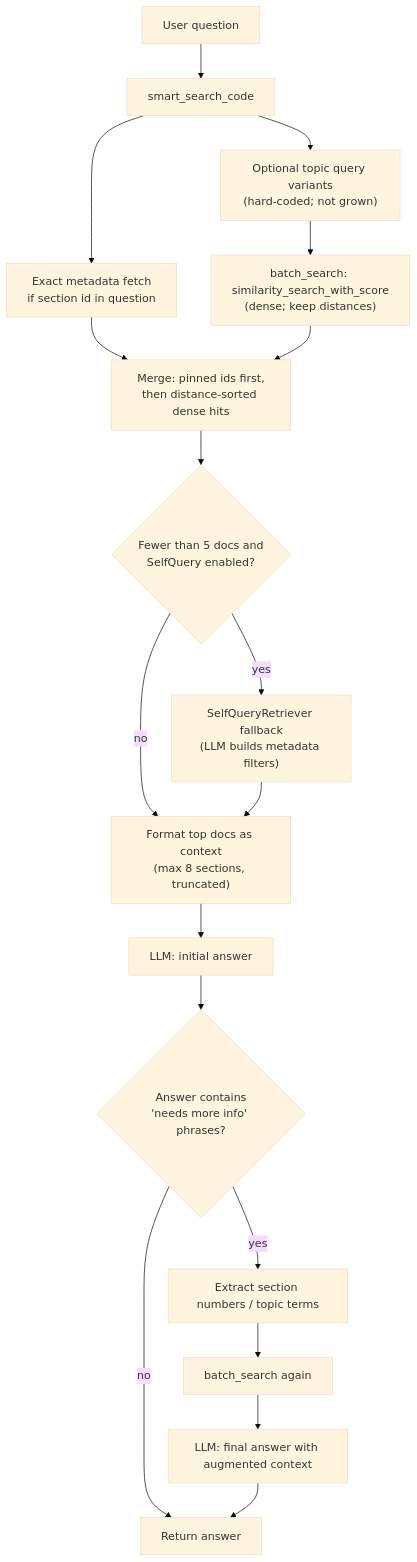
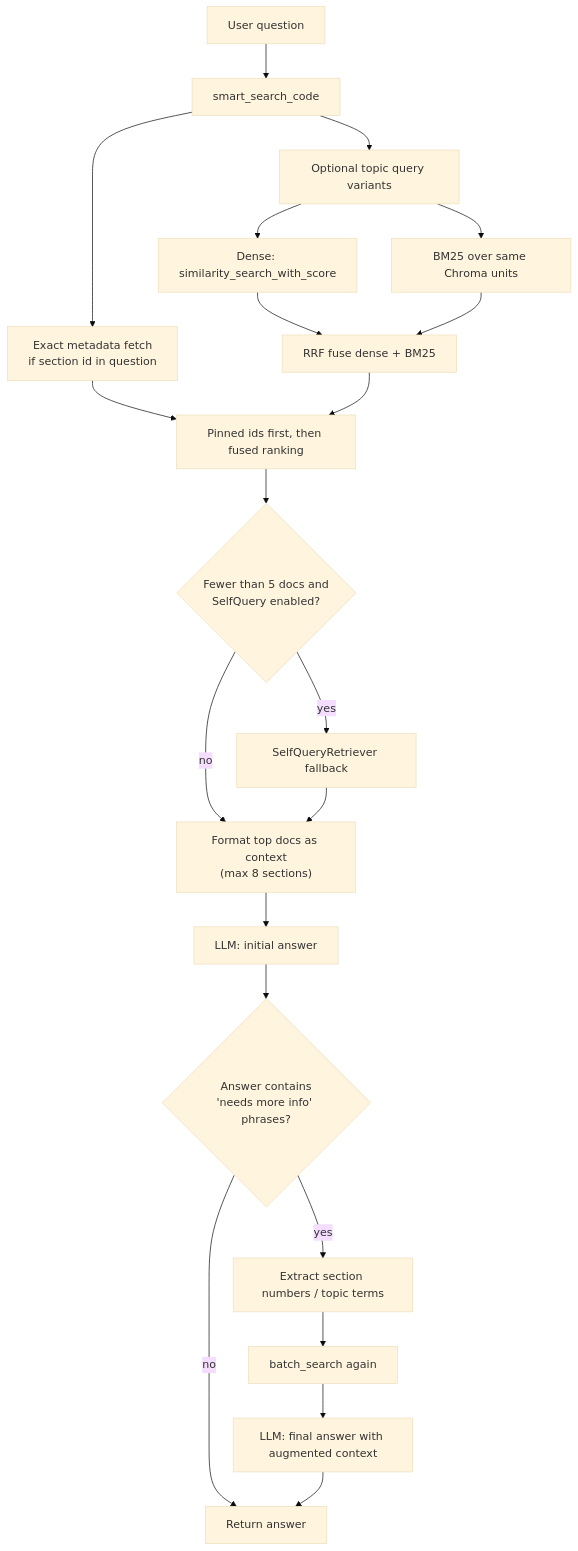
One commit to TruLie13/El-Paso-AI changed the third of 3 diagrams in docs/ARCHITECTURE.md. Above: the diagram before and after it, drawn with Mermaid (base theme). The commit also changed other lines of this file and 6 other files, not shown here.

First line of the commit message:
Add hybrid BM25 + dense RRF retrieval (step 3).

````diff
--- a/docs/ARCHITECTURE.md
+++ b/docs/ARCHITECTURE.md
@@ -80,20 +80,23 @@
 ```mermaid
 flowchart TD
   Q["User question"] --> S["smart_search_code"]
   S --> ID["Exact metadata fetch\nif section id in question"]
-  S --> V["Optional topic query variants\n(hard-coded; not grown)"]
-  V --> B["batch_search: similarity_search_with_score\n(dense; keep distances)"]
-  ID --> M["Merge: pinned ids first,\nthen distance-sorted dense hits"]
-  B --> M
+  S --> V["Optional topic query variants"]
+  V --> B["Dense: similarity_search_with_score"]
+  V --> BM["BM25 over same Chroma units"]
+  B --> RRF["RRF fuse dense + BM25"]
+  BM --> RRF
+  ID --> M["Pinned ids first, then fused ranking"]
+  RRF --> M
   M --> F{"Fewer than 5 docs and\nSelfQuery enabled?"}
-  F -->|yes| SQ["SelfQueryRetriever fallback\n(LLM builds metadata filters)"]
-  F -->|no| G["Format top docs as context\n(max 8 sections, truncated)"]
+  F -->|yes| SQ["SelfQueryRetriever fallback"]
+  F -->|no| G["Format top docs as context\n(max 8 sections)"]
   SQ --> G
   G --> L1["LLM: initial answer"]
   L1 --> C{"Answer contains\n'needs more info' phrases?"}
   C -->|no| Out["Return answer"]
   C -->|yes| T["Extract section numbers / topic terms"]
   T --> B2["batch_search again"]
   B2 --> L2["LLM: final answer with augmented context"]
   L2 --> Out
 ```
````
